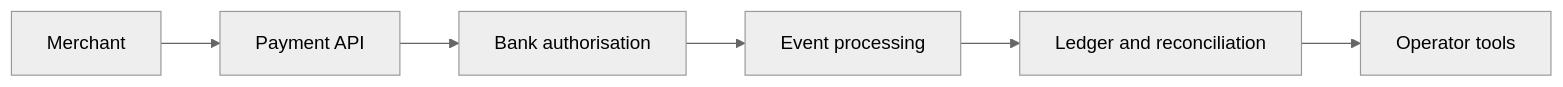
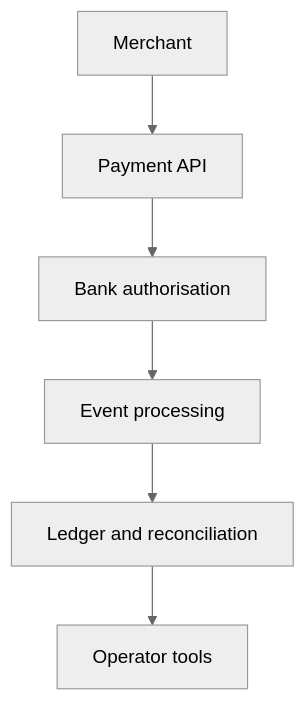
The diagram in README.md (J0UH/open-finance-platform), drawn with Mermaid (neutral theme) before and after one commit.

Commit message:
docs: build visual project portfolio

````diff
--- a/README.md
+++ b/README.md
@@ -26,14 +26,14 @@
 ```mermaid
-flowchart LR
+flowchart TD
     n0["Merchant"]
     n1["Payment API"]
     n2["Bank authorisation"]
     n3["Event processing"]
     n4["Ledger and reconciliation"]
     n5["Operator tools"]
     n0 --> n1
     n1 --> n2
     n2 --> n3
     n3 --> n4
     n4 --> n5
 ```
````
